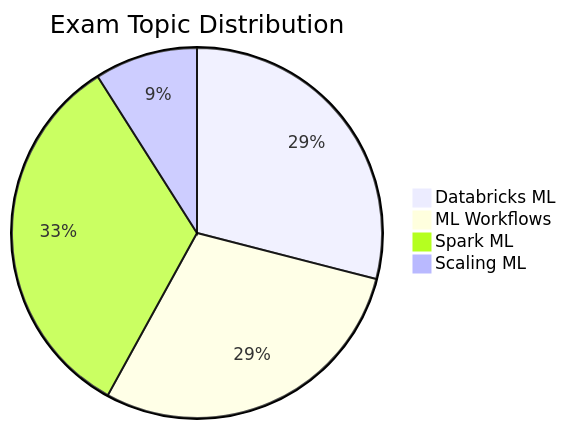
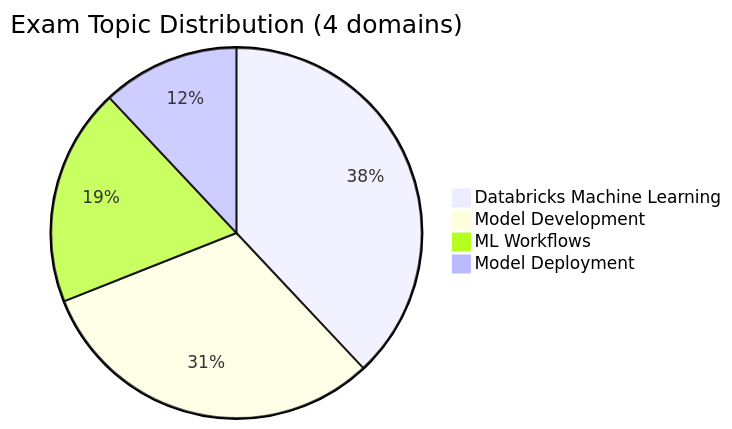
One commit to kengio/databricks-certification-study-guide changed the diagram in certifications/ml-associate/README.md. Above: the diagram before and after it, drawn with Mermaid. The commit also changed other lines of this file and 18 other files, not shown here.

````diff
--- a/certifications/ml-associate/README.md
+++ b/certifications/ml-associate/README.md
@@ -29,7 +43,7 @@
 ```mermaid
-pie title Exam Topic Distribution
-    "Databricks ML" : 29
-    "ML Workflows" : 29
-    "Spark ML" : 33
-    "Scaling ML" : 9
+pie title Exam Topic Distribution (4 domains)
+    "Databricks Machine Learning" : 38
+    "Model Development" : 31
+    "ML Workflows" : 19
+    "Model Deployment" : 12
 ```
````
